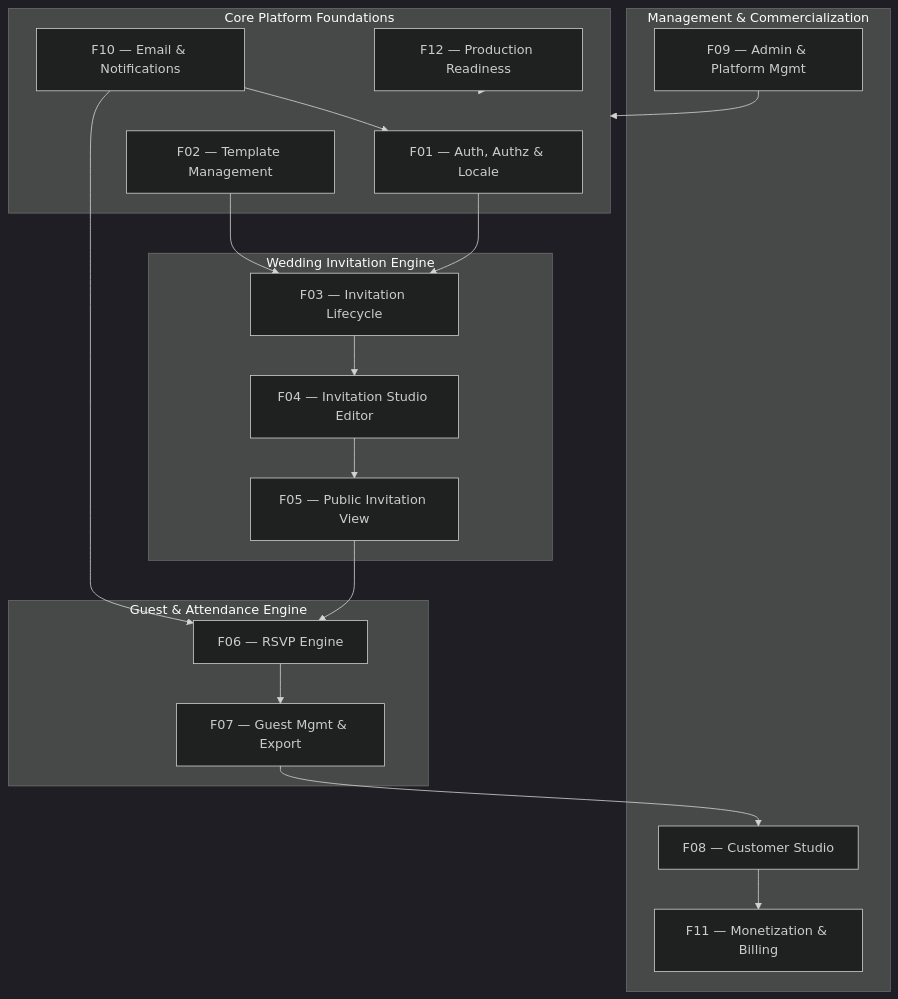
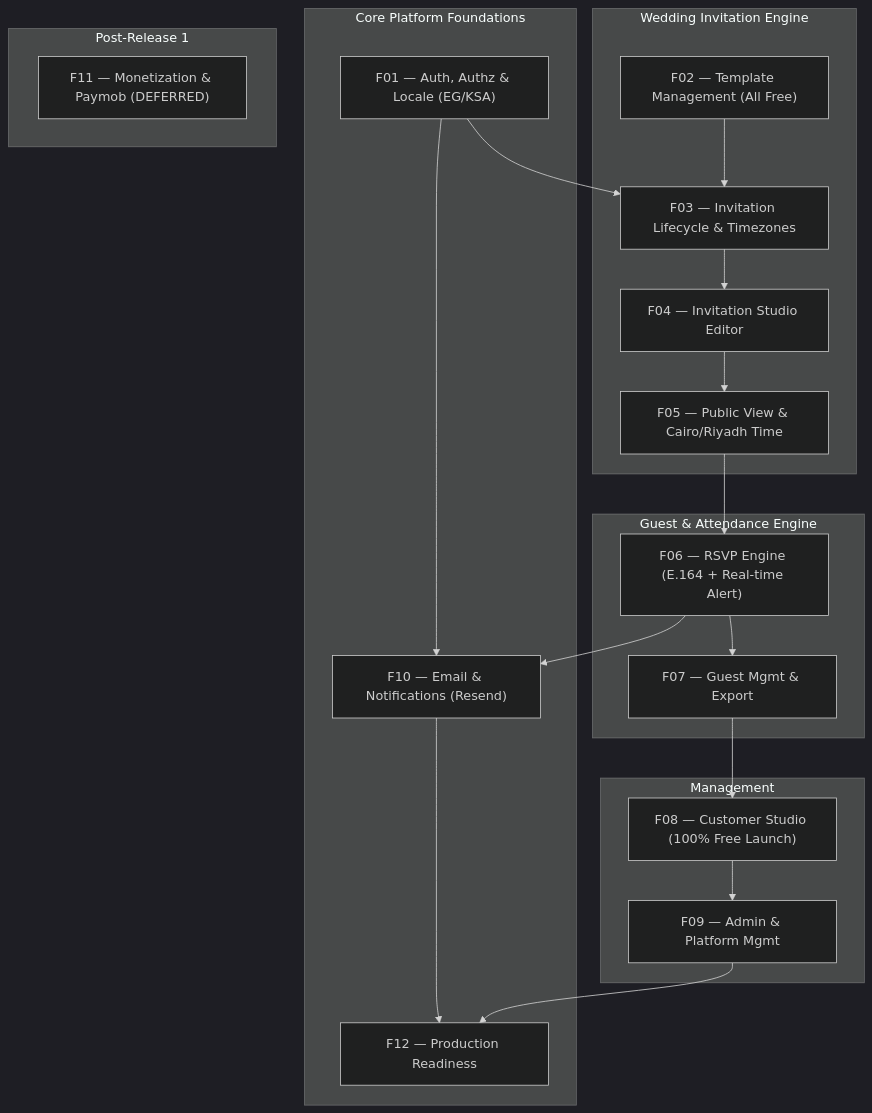
The diagram in docs/engineering/FEATURE_MAP.md (mohamedelbalooty/Zaffe), drawn with Mermaid (dark theme) before and after one commit. The commit also changed other lines of this file and 4 other files, not shown here.

First line of the commit message:
docs(product): record Release 1 product decisions and update master engineering roadmap

````diff
--- a/docs/engineering/FEATURE_MAP.md
+++ b/docs/engineering/FEATURE_MAP.md
@@ -12,39 +12,42 @@
 ```mermaid
 graph TD
     subgraph CorePlatform["Core Platform Foundations"]
-        F01["F01 — Auth, Authz & Locale"]
-        F02["F02 — Template Management"]
-        F10["F10 — Email & Notifications"]
+        F01["F01 — Auth, Authz & Locale (EG/KSA)"]
+        F10["F10 — Email & Notifications (Resend)"]
         F12["F12 — Production Readiness"]
     end
 
     subgraph WeddingLifecycle["Wedding Invitation Engine"]
-        F03["F03 — Invitation Lifecycle"]
+        F02["F02 — Template Management (All Free)"]
+        F03["F03 — Invitation Lifecycle & Timezones"]
         F04["F04 — Invitation Studio Editor"]
-        F05["F05 — Public Invitation View"]
+        F05["F05 — Public View & Cairo/Riyadh Time"]
     end
 
     subgraph GuestExperience["Guest & Attendance Engine"]
-        F06["F06 — RSVP Engine"]
+        F06["F06 — RSVP Engine (E.164 + Real-time Alert)"]
         F07["F07 — Guest Mgmt & Export"]
     end
 
-    subgraph Administration["Management & Commercialization"]
-        F08["F08 — Customer Studio"]
+    subgraph Administration["Management"]
+        F08["F08 — Customer Studio (100% Free Launch)"]
         F09["F09 — Admin & Platform Mgmt"]
-        F11["F11 — Monetization & Billing"]
     end
 
+    subgraph Deferred["Post-Release 1"]
+        F11["F11 — Monetization & Paymob (DEFERRED)"]
+    end
+
+    F01 --> F10
     F01 --> F03
     F02 --> F03
     F03 --> F04
     F04 --> F05
     F05 --> F06
+    F06 --> F10
     F06 --> F07
     F07 --> F08
-    F08 --> F11
-    F09 --> CorePlatform
-    F10 --> F01
-    F10 --> F06
-    F12 --> CorePlatform
+    F08 --> F09
+    F10 --> F12
+    F09 --> F12
 ```
````
